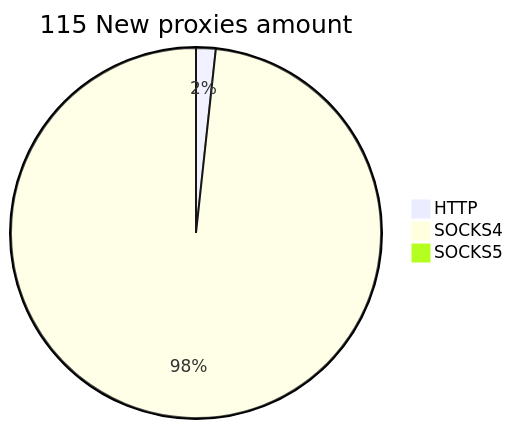
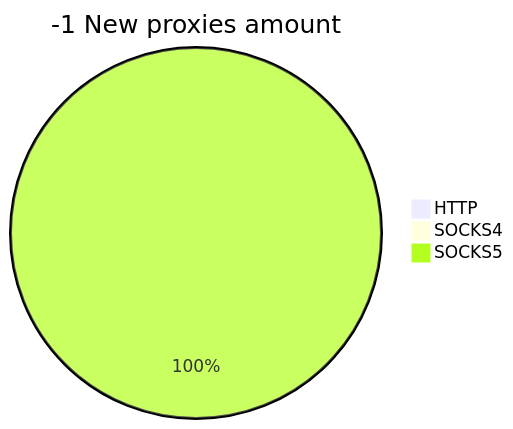
One commit to cutipu/proxylist changed the second of 2 diagrams in README.md. Above: the diagram before and after it, drawn with Mermaid. The commit also changed other lines of this file, not shown here.

````diff
--- a/README.md
+++ b/README.md
@@ -10,6 +10,6 @@
 ```mermaid
-pie title 115 New proxies amount
-    "HTTP" : 2
-    "SOCKS4" : 115
-    "SOCKS5" : 0
+pie title -1 New proxies amount
+    "HTTP" : 0
+    "SOCKS4" : 0
+    "SOCKS5" : 25
 ```
````
